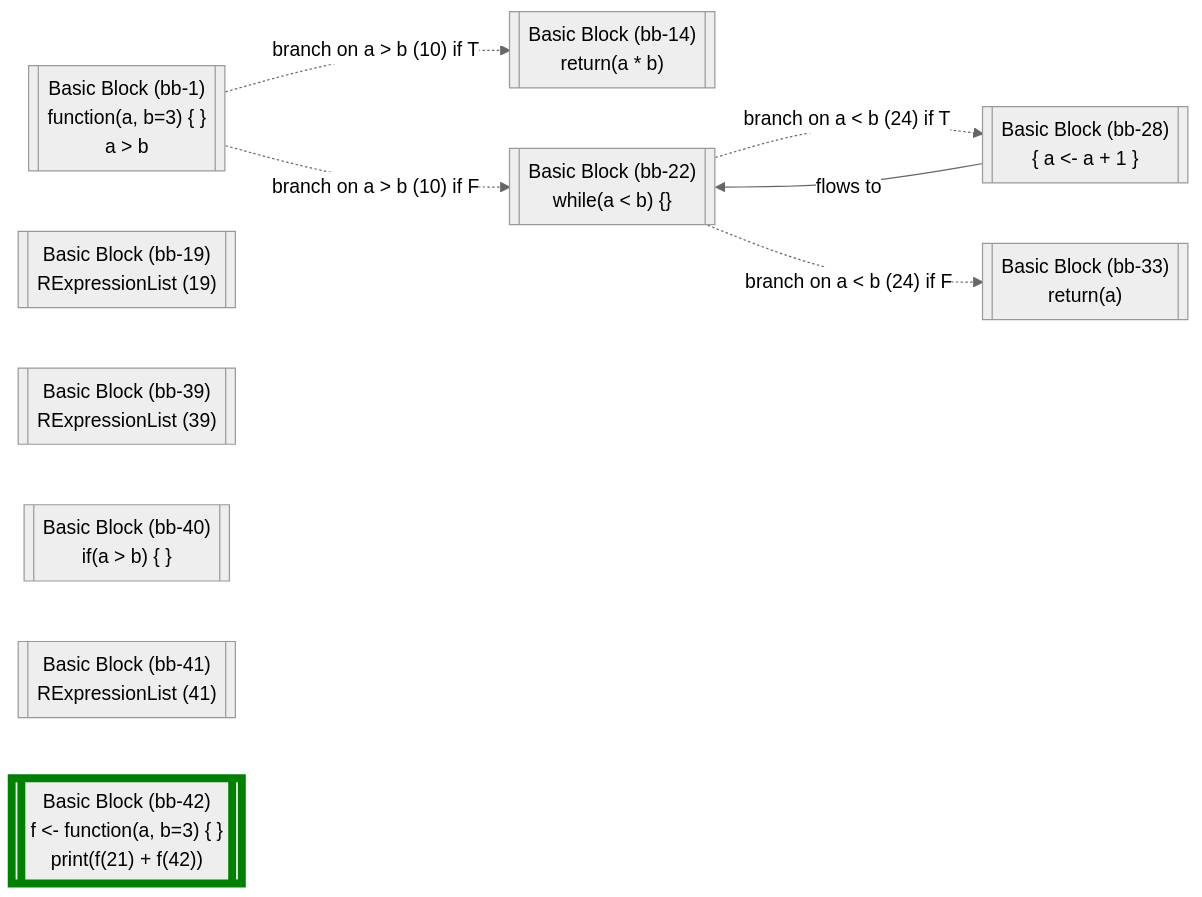
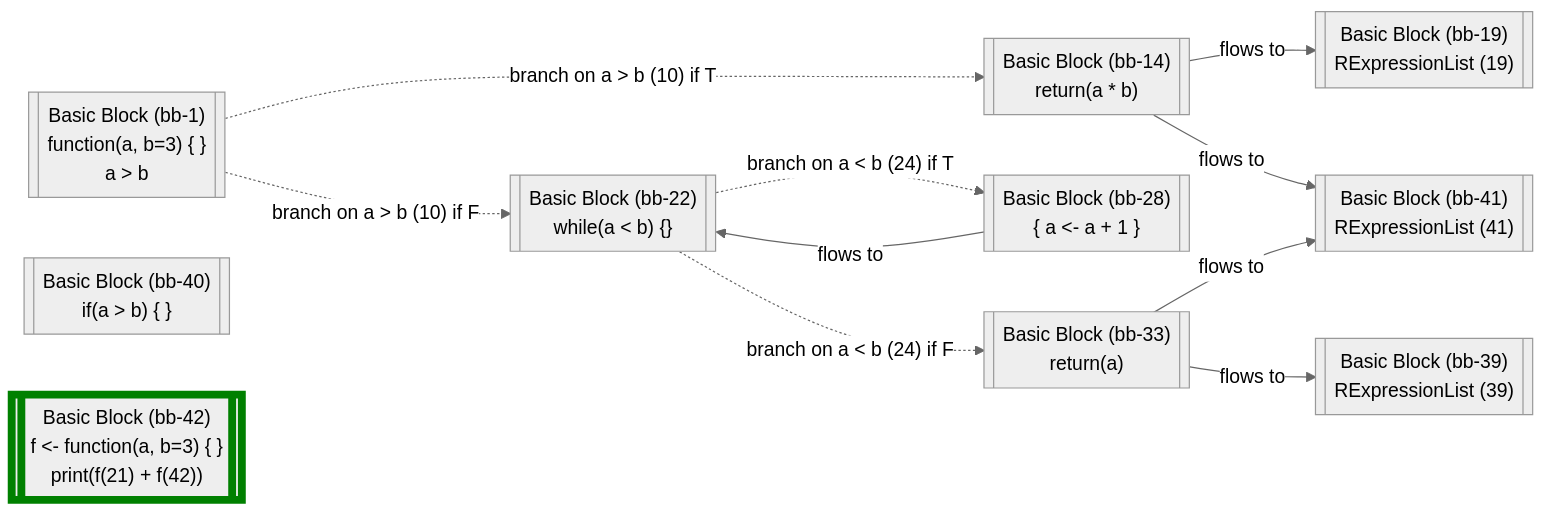
Diagram 19 of 22 in wiki/Control Flow Graph.md (flowr-analysis/flowr), drawn with Mermaid (neutral theme) before and after one commit. The commit also changed other lines of this file and 61 other files, not shown here.

````diff
--- a/wiki/Control Flow Graph.md
+++ b/wiki/Control Flow Graph.md
@@ -1034,31 +1034,35 @@
 ```mermaid
 flowchart LR
     nbb-1[["`Basic Block (bb-1)
 function(a, b=3) #123; #125;
 a #62; b`"]]
     nbb-14[["`Basic Block (bb-14)
 return(a #42; b)`"]]
     nbb-19[["`Basic Block (bb-19)
 RExpressionList (19)`"]]
     nbb-22[["`Basic Block (bb-22)
 while(a #60; b) #123;#125;`"]]
     nbb-28[["`Basic Block (bb-28)
 #123; a #60;#45; a #43; 1 #125;`"]]
     nbb-33[["`Basic Block (bb-33)
 return(a)`"]]
     nbb-39[["`Basic Block (bb-39)
 RExpressionList (39)`"]]
     nbb-40[["`Basic Block (bb-40)
 if(a #62; b) #123; #125;`"]]
     nbb-41[["`Basic Block (bb-41)
 RExpressionList (41)`"]]
     nbb-42[["`Basic Block (bb-42)
 f #60;#45; function(a, b=3) #123; #125;
 print(f(21) #43; f(42))`"]]
     nbb-1 -.->|"branch on a #62; b (10) if T"| nbb-14
     nbb-1 -.->|"branch on a #62; b (10) if F"| nbb-22
+    nbb-14 -->|"flows to"| nbb-19
+    nbb-14 -->|"flows to"| nbb-41
     nbb-22 -.->|"branch on a #60; b (24) if T"| nbb-28
     nbb-22 -.->|"branch on a #60; b (24) if F"| nbb-33
     nbb-28 -->|"flows to"| nbb-22
+    nbb-33 -->|"flows to"| nbb-39
+    nbb-33 -->|"flows to"| nbb-41
     style nbb-42 stroke:cyan,stroke-width:6.5px;    style nbb-42 stroke:green,stroke-width:6.5px;
 ```
````
